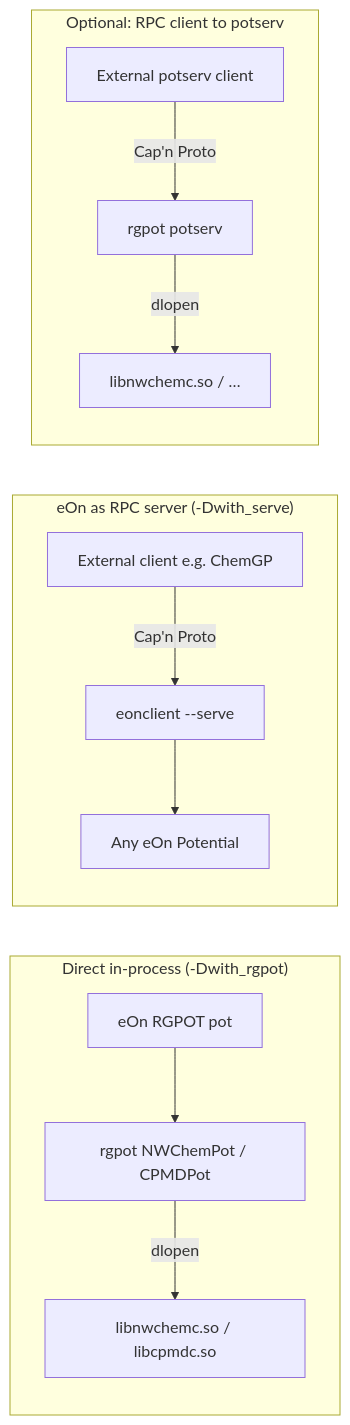
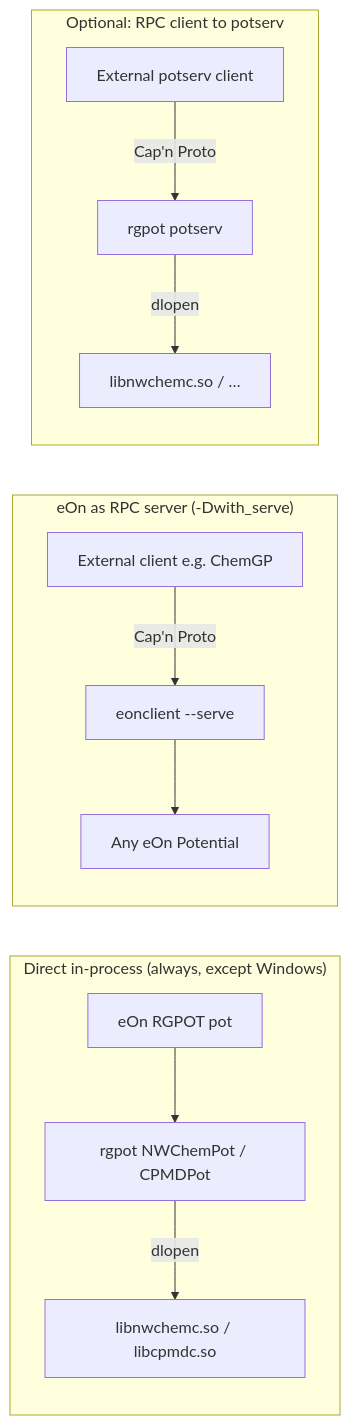
Before and after one commit to TheochemUI/eOn: the diagram in docs/source/user_guide/rgpot_integration.md, drawn with Mermaid. The commit also changed other lines of this file and 22 other files, not shown here.

First line of the commit message:
build: link the direct RGPOT arm without a Meson switch

````diff
--- a/docs/source/user_guide/rgpot_integration.md
+++ b/docs/source/user_guide/rgpot_integration.md
@@ -14,15 +14,15 @@
 ```{mermaid}
 flowchart LR
-  subgraph direct ["Direct in-process (-Dwith_rgpot)"]
+  subgraph direct ["Direct in-process (always, except Windows)"]
     E1[eOn RGPOT pot] --> NP[rgpot NWChemPot / CPMDPot]
     NP -->|dlopen| L1[libnwchemc.so / libcpmdc.so]
   end
   subgraph serve ["eOn as RPC server (-Dwith_serve)"]
     Client[External client e.g. ChemGP] -->|Cap'n Proto| E2[eonclient --serve]
     E2 --> Any[Any eOn Potential]
   end
   subgraph rpccli ["Optional: RPC client to potserv"]
     E3[External potserv client] -->|Cap'n Proto| PS[rgpot potserv]
     PS -->|dlopen| L2[libnwchemc.so / …]
   end
 ```
````
